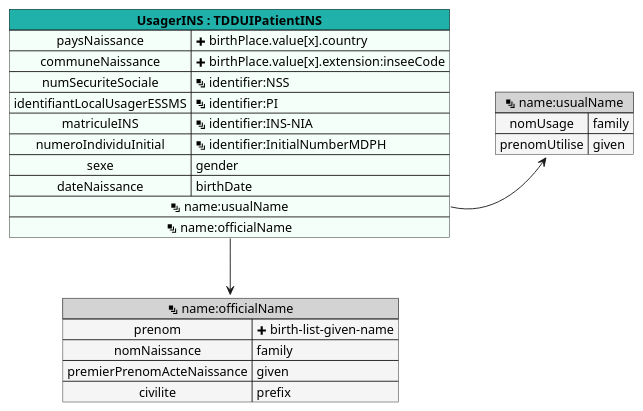
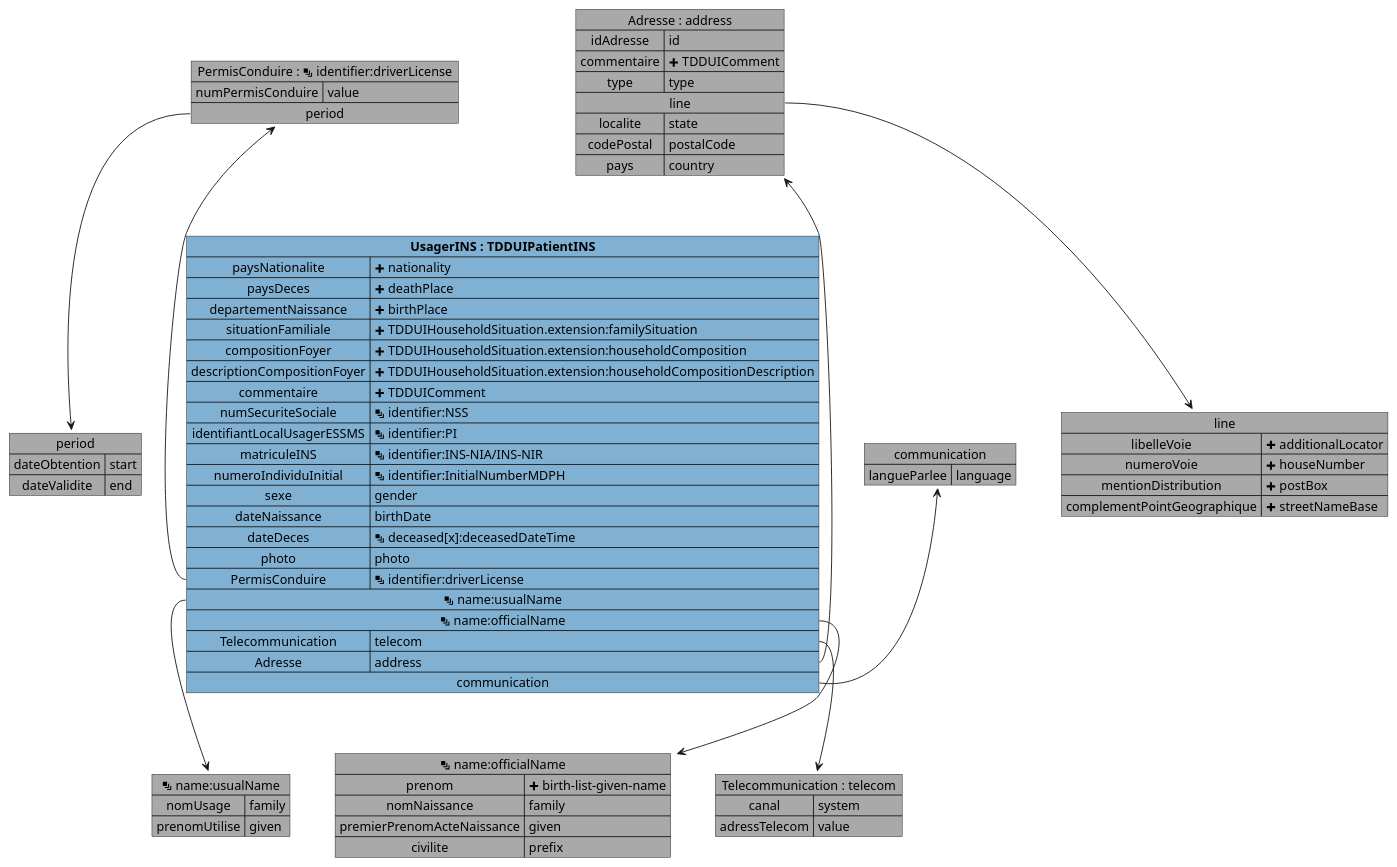
One commit to ansforge/IG-fhir-medicosocial-transfert-donnees-dui changed the diagram in input/images-source/mapping_TDDUIPatientINS.plantuml. Above: the diagram before and after it, drawn with PlantUML. The commit also changed 7 other files, not shown here.

```diff
--- a/input/images-source/mapping_TDDUIPatientINS.plantuml
+++ b/input/images-source/mapping_TDDUIPatientINS.plantuml
@@ -1,30 +1,79 @@
 @startuml
 
-map "<&layers> name:usualName" as nameusualName #back:WhiteSmoke;header:LightGray {
+map "period" as period #DarkGray {
+    dateObtention => start
+    dateValidite => end
+}
+
+map "line" as line #DarkGray {
+    libelleVoie => <&plus> additionalLocator
+    numeroVoie => <&plus> houseNumber
+    mentionDistribution => <&plus> postBox
+    complementPointGeographique => <&plus> streetNameBase
+}
+
+map "PermisConduire : <&layers> identifier:driverLicense" as PermisConduire #DarkGray {
+    numPermisConduire => value
+    period *--> period
+}
+
+map "<&layers> name:usualName" as nameusualName #DarkGray {
     nomUsage => family
     prenomUtilise => given
 }
 
-map "<&layers> name:officialName" as nameofficialName #back:WhiteSmoke;header:LightGray {
+map "<&layers> name:officialName" as nameofficialName #DarkGray {
     prenom => <&plus> birth-list-given-name
     nomNaissance => family
     premierPrenomActeNaissance => given
     civilite => prefix
 }
 
-map "**UsagerINS : TDDUIPatientINS**" as UsagerINS #back:MintCream;header:LightSeaGreen {
-    paysNaissance => <&plus> birthPlace.value[x].country
-    communeNaissance => <&plus> birthPlace.value[x].extension:inseeCode
+map "Telecommunication : telecom" as Telecommunication #DarkGray {
+    canal => system
+    adressTelecom => value
+}
+
+map "Adresse : address" as Adresse #DarkGray {
+    idAdresse => id
+    commentaire => <&plus> TDDUIComment
+    type => type
+    line *--> line
+    localite => state
+    codePostal => postalCode
+    pays => country
+}
+
+map "communication" as communication #DarkGray {
+    langueParlee => language
+}
+
+map "**UsagerINS : TDDUIPatientINS**" as UsagerINS #80b1d3 {
+    paysNationalite => <&plus> nationality
+    paysDeces => <&plus> deathPlace
+    departementNaissance => <&plus> birthPlace
+    situationFamiliale => <&plus> TDDUIHouseholdSituation.extension:familySituation
+    compositionFoyer => <&plus> TDDUIHouseholdSituation.extension:householdComposition
+    descriptionCompositionFoyer => <&plus> TDDUIHouseholdSituation.extension:householdCompositionDescription
+    commentaire => <&plus> TDDUIComment
     numSecuriteSociale => <&layers> identifier:NSS
     identifiantLocalUsagerESSMS => <&layers> identifier:PI
-    matriculeINS => <&layers> identifier:INS-NIR
-    matriculeINS => <&layers> identifier:INS-NIA
+    matriculeINS => <&layers> identifier:INS-NIA/INS-NIR
     numeroIndividuInitial => <&layers> identifier:InitialNumberMDPH
     sexe => gender
     dateNaissance => birthDate
-    <&layers> name:usualName *-> nameusualName
+    dateDeces => <&layers> deceased[x]:deceasedDateTime
+    photo => photo
+    PermisConduire => <&layers> identifier:driverLicense
+    <&layers> name:usualName *--> nameusualName
     <&layers> name:officialName *--> nameofficialName
+    Telecommunication => telecom
+    Adresse => address
+    communication *-> communication
 }
 
+UsagerINS::PermisConduire -u-> PermisConduire
+UsagerINS::Telecommunication -d-> Telecommunication
+UsagerINS::Adresse -u-> Adresse
 
 @enduml
```
